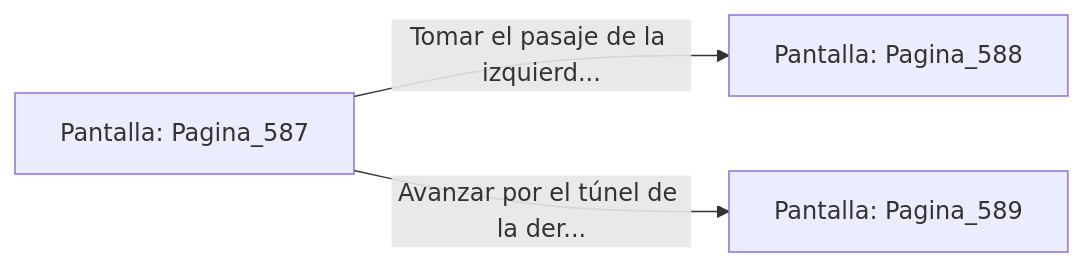
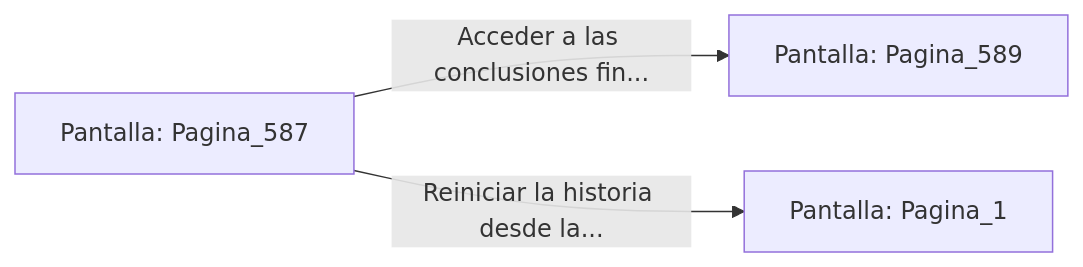
Before and after one commit to metsuke/mpl: the diagram in sample/eligejuego-vault/Pantalla_Pagina_587.md, drawn with Mermaid. The commit also changed other lines of this file and 635 other files, not shown here.

First line of the commit message:
fix: añadir Pagina_1 como pantalla inicial en capitulo_01.mpl

````diff
--- a/sample/eligejuego-vault/Pantalla_Pagina_587.md
+++ b/sample/eligejuego-vault/Pantalla_Pagina_587.md
@@ -20,6 +26,6 @@
 ```mermaid
 graph LR
     P_Pagina_587["Pantalla: Pagina_587"]
-    P_Pagina_587 -->|"Tomar el pasaje de la izquierd..."| P_Pagina_588["Pantalla: Pagina_588"]
-    P_Pagina_587 -->|"Avanzar por el túnel de la der..."| P_Pagina_589["Pantalla: Pagina_589"]
+    P_Pagina_587 -->|"Acceder a las conclusiones fin..."| P_Pagina_589["Pantalla: Pagina_589"]
+    P_Pagina_587 -->|"Reiniciar la historia desde la..."| P_Pagina_1["Pantalla: Pagina_1"]
 ```
````
